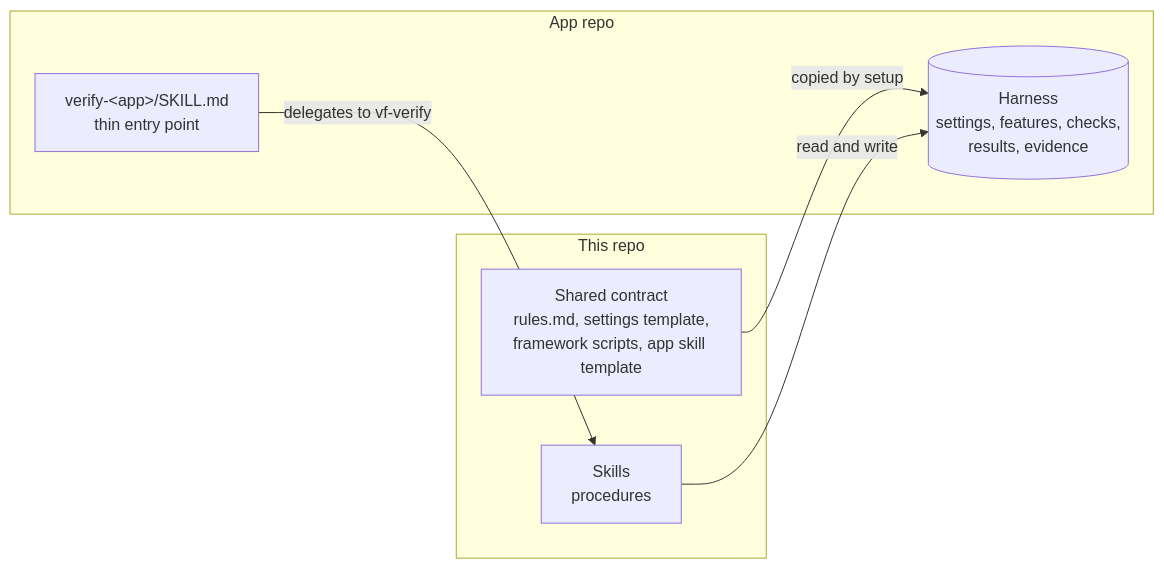
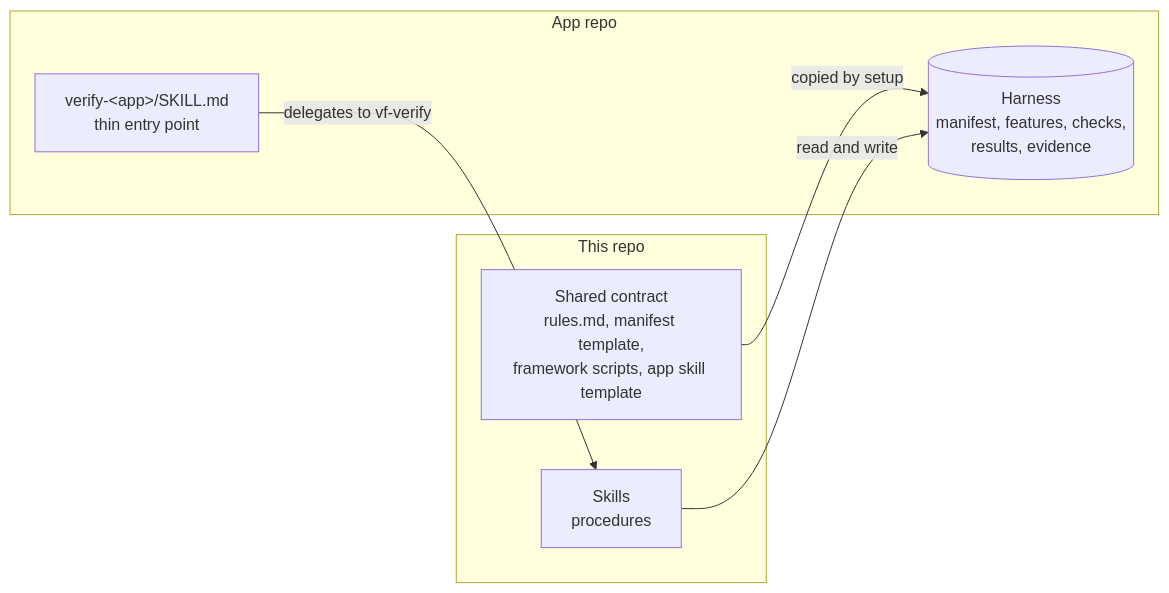
One commit to kennymatsudo/verification-framework changed the first of 2 diagrams in docs/architecture.md. Above: the diagram before and after it, drawn with Mermaid. The commit also changed other lines of this file and 27 other files, not shown here.

First line of the commit message:
Manifest, stage C: skills and docs describe harness.json and features/*.json; ADR 0013

````diff
--- a/docs/architecture.md
+++ b/docs/architecture.md
@@ -9,14 +9,14 @@
 ```mermaid
 flowchart LR
   subgraph framework[This repo]
     skills[Skills<br/>procedures]
-    contract[Shared contract<br/>rules.md, settings template,<br/>framework scripts, app skill template]
+    contract[Shared contract<br/>rules.md, manifest template,<br/>framework scripts, app skill template]
   end
   subgraph app[App repo]
     entry[verify-&lt;app&gt;/SKILL.md<br/>thin entry point]
-    harness[(Harness<br/>settings, features, checks,<br/>results, evidence)]
+    harness[(Harness<br/>manifest, features, checks,<br/>results, evidence)]
   end
   contract -->|copied by setup| harness
   skills -->|read and write| harness
   entry -->|delegates to vf-verify| skills
 ```
````
